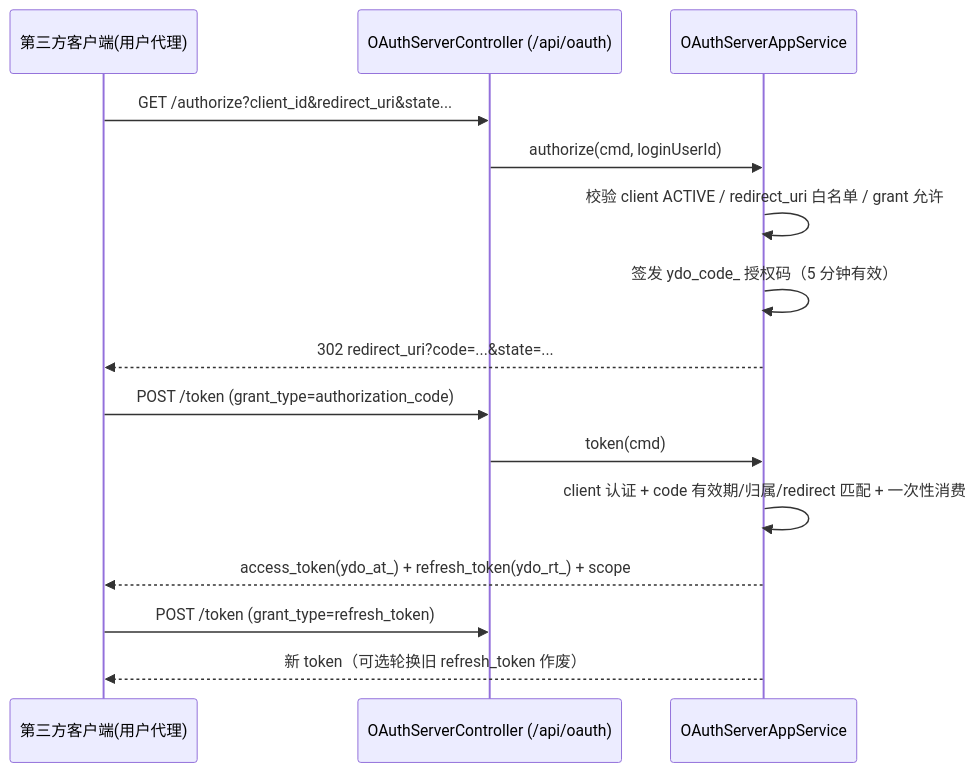
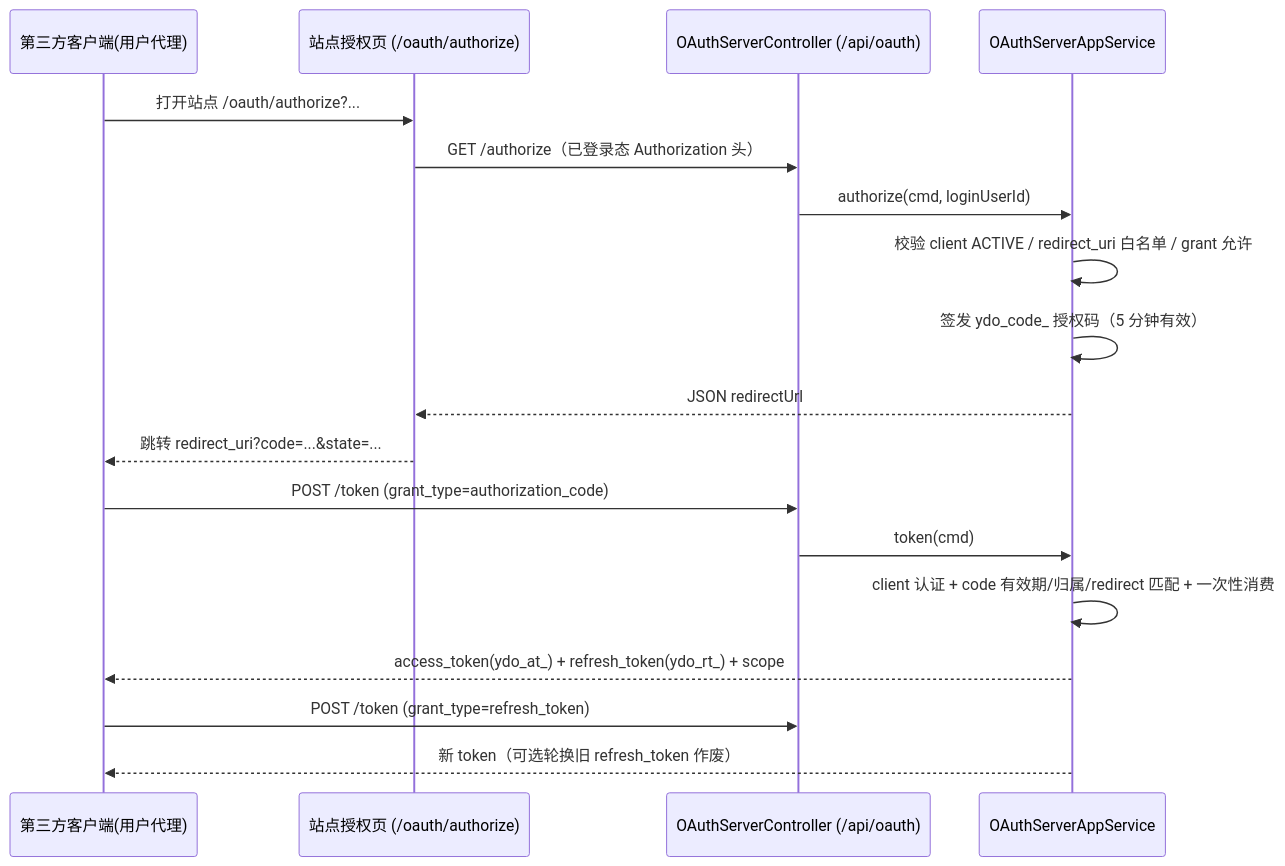
The first of 2 diagrams in yd-docs/docs/security/oauth.md (mcyudream/YuDream-Admin), drawn with Mermaid before and after one commit. The commit also changed other lines of this file and 38 other files, not shown here.

````diff
--- a/yd-docs/docs/security/oauth.md
+++ b/yd-docs/docs/security/oauth.md
@@ -21,17 +21,20 @@
 ```mermaid
 sequenceDiagram
     participant UA as 第三方客户端(用户代理)
+    participant FE as 站点授权页 (/oauth/authorize)
     participant S as OAuthServerController (/api/oauth)
     participant A as OAuthServerAppService
-    UA->>S: GET /authorize?client_id&redirect_uri&state...
+    UA->>FE: 打开站点 /oauth/authorize?...
+    FE->>S: GET /authorize（已登录态 Authorization 头）
     S->>A: authorize(cmd, loginUserId)
     A->>A: 校验 client ACTIVE / redirect_uri 白名单 / grant 允许
     A->>A: 签发 ydo_code_ 授权码（5 分钟有效）
-    A-->>UA: 302 redirect_uri?code=...&state=...
+    A-->>FE: JSON redirectUrl
+    FE-->>UA: 跳转 redirect_uri?code=...&state=...
     UA->>S: POST /token (grant_type=authorization_code)
     S->>A: token(cmd)
     A->>A: client 认证 + code 有效期/归属/redirect 匹配 + 一次性消费
     A-->>UA: access_token(ydo_at_) + refresh_token(ydo_rt_) + scope
     UA->>S: POST /token (grant_type=refresh_token)
     A-->>UA: 新 token（可选轮换旧 refresh_token 作废）
 ```
````
